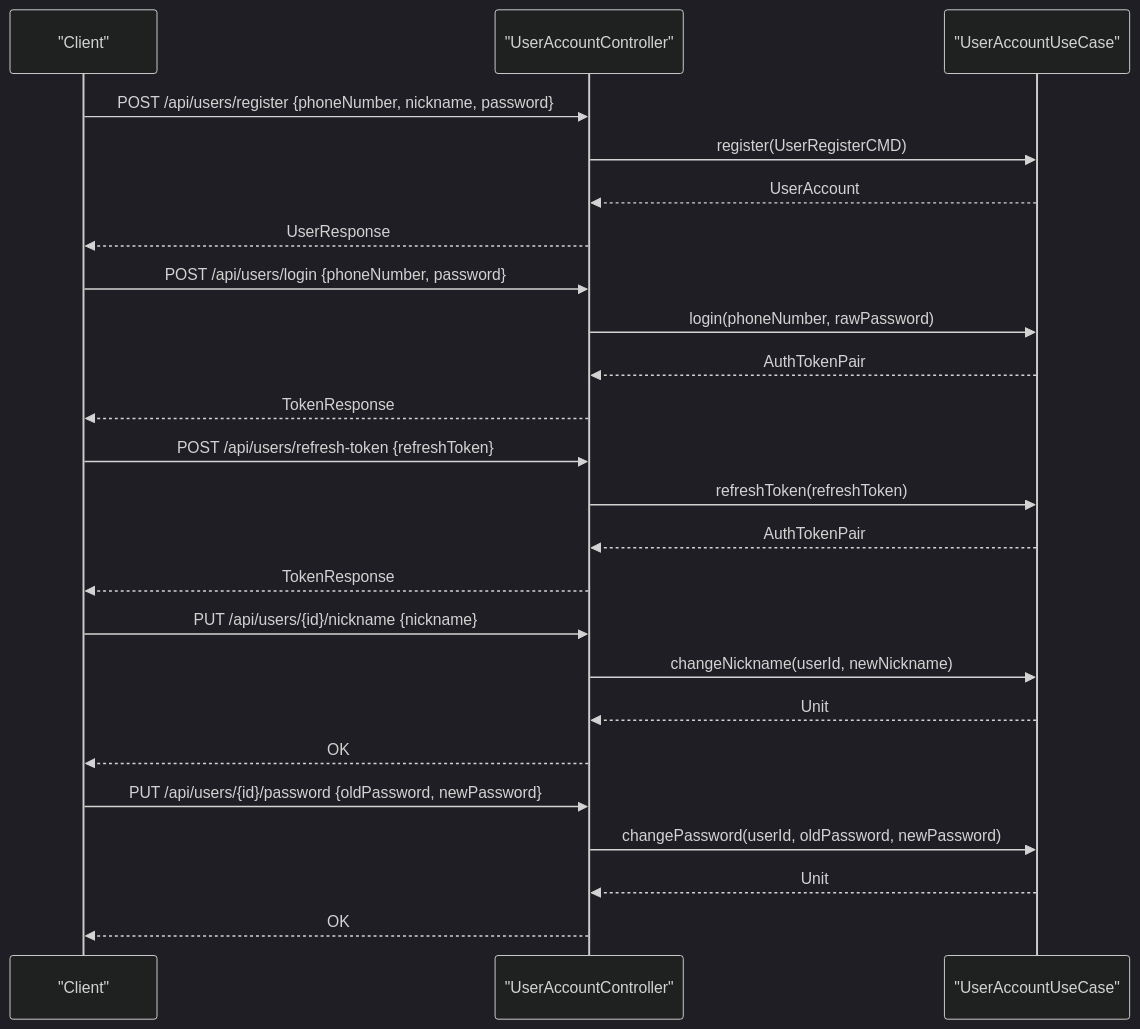
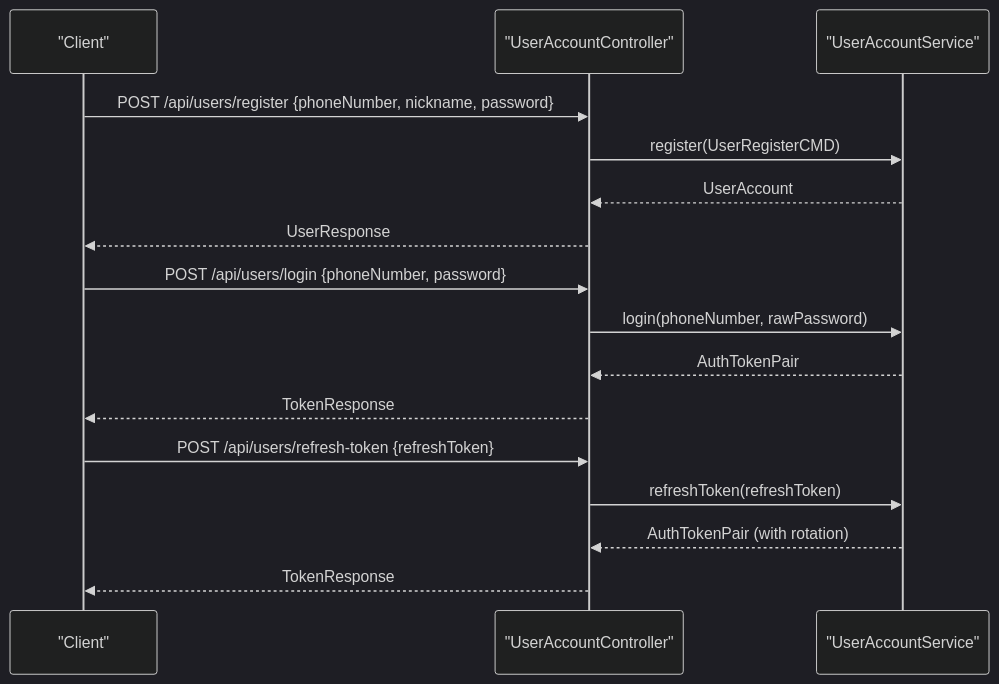
Before and after one commit to ddd-mall/j-store: the eighth of 9 diagrams in .qoder/repowiki/en/content/User Authentication Module/User Authentication Module.md, drawn with Mermaid (dark theme). The commit also changed other lines of this file and 334 other files, not shown here.

````diff
--- a/.qoder/repowiki/en/content/User Authentication Module/User Authentication Module.md
+++ b/.qoder/repowiki/en/content/User Authentication Module/User Authentication Module.md
@@ -295,26 +326,18 @@
 ```mermaid
 sequenceDiagram
 participant Client as "Client"
 participant Controller as "UserAccountController"
-participant UseCase as "UserAccountUseCase"
+participant Service as "UserAccountService"
 Client->>Controller : POST /api/users/register {phoneNumber, nickname, password}
-Controller->>UseCase : register(UserRegisterCMD)
-UseCase-->>Controller : UserAccount
+Controller->>Service : register(UserRegisterCMD)
+Service-->>Controller : UserAccount
 Controller-->>Client : UserResponse
 Client->>Controller : POST /api/users/login {phoneNumber, password}
-Controller->>UseCase : login(phoneNumber, rawPassword)
-UseCase-->>Controller : AuthTokenPair
+Controller->>Service : login(phoneNumber, rawPassword)
+Service-->>Controller : AuthTokenPair
 Controller-->>Client : TokenResponse
 Client->>Controller : POST /api/users/refresh-token {refreshToken}
-Controller->>UseCase : refreshToken(refreshToken)
-UseCase-->>Controller : AuthTokenPair
+Controller->>Service : refreshToken(refreshToken)
+Service-->>Controller : AuthTokenPair (with rotation)
 Controller-->>Client : TokenResponse
-Client->>Controller : PUT /api/users/{id}/nickname {nickname}
-Controller->>UseCase : changeNickname(userId, newNickname)
-UseCase-->>Controller : Unit
-Controller-->>Client : OK
-Client->>Controller : PUT /api/users/{id}/password {oldPassword, newPassword}
-Controller->>UseCase : changePassword(userId, oldPassword, newPassword)
-UseCase-->>Controller : Unit
-Controller-->>Client : OK
 ```
````
